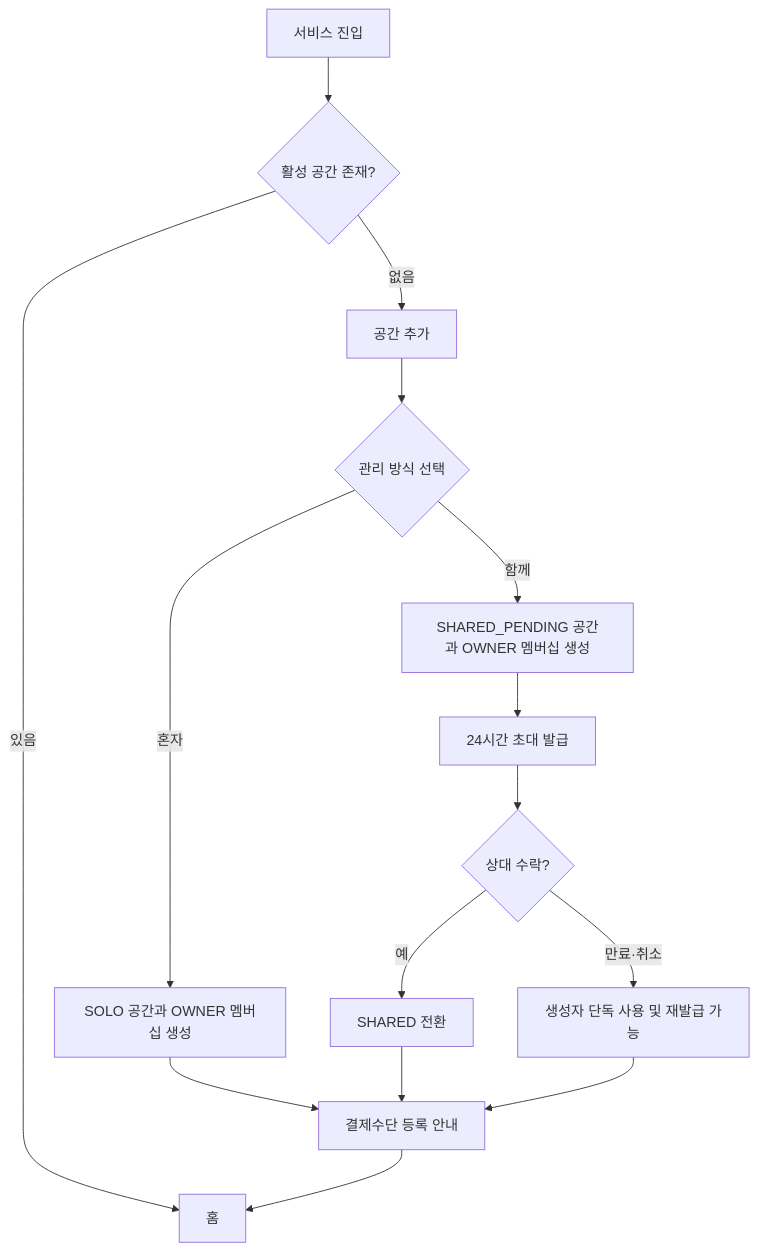
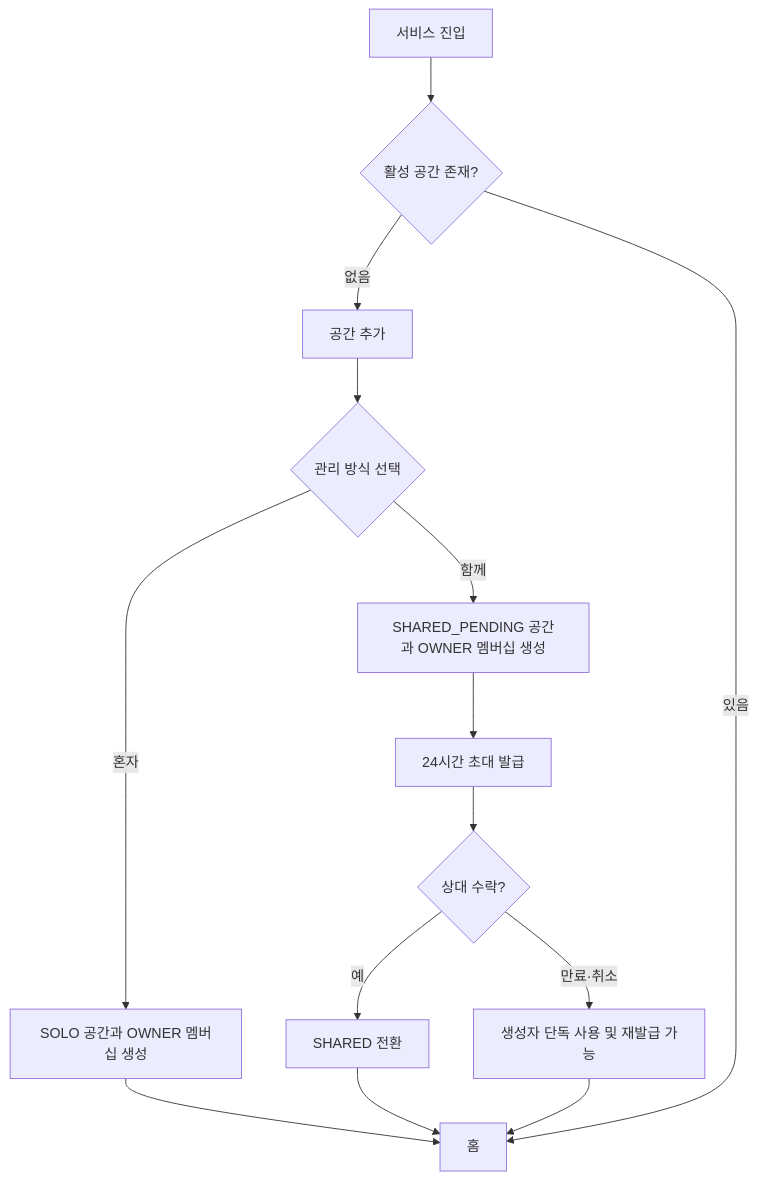
The first of 7 diagrams in docs/02-design/user-flow.md (hkcho11/handal-sallim), drawn with Mermaid before and after one commit. The commit also changed other lines of this file and 6 other files, not shown here.

````diff
--- a/docs/02-design/user-flow.md
+++ b/docs/02-design/user-flow.md
@@ -9,17 +9,16 @@
 ```mermaid
 flowchart TD
     A[서비스 진입] --> B{활성 공간 존재?}
     B -- 없음 --> C[공간 추가]
     C --> D{관리 방식 선택}
     D -- 혼자 --> E[SOLO 공간과 OWNER 멤버십 생성]
     D -- 함께 --> F[SHARED_PENDING 공간과 OWNER 멤버십 생성]
     F --> G[24시간 초대 발급]
     G --> H{상대 수락?}
     H -- 예 --> I[SHARED 전환]
     H -- 만료·취소 --> J[생성자 단독 사용 및 재발급 가능]
-    E --> K[결제수단 등록 안내]
+    E --> K[홈]
     I --> K
     J --> K
-    B -- 있음 --> L[홈]
-    K --> L
+    B -- 있음 --> K
 ```
````
